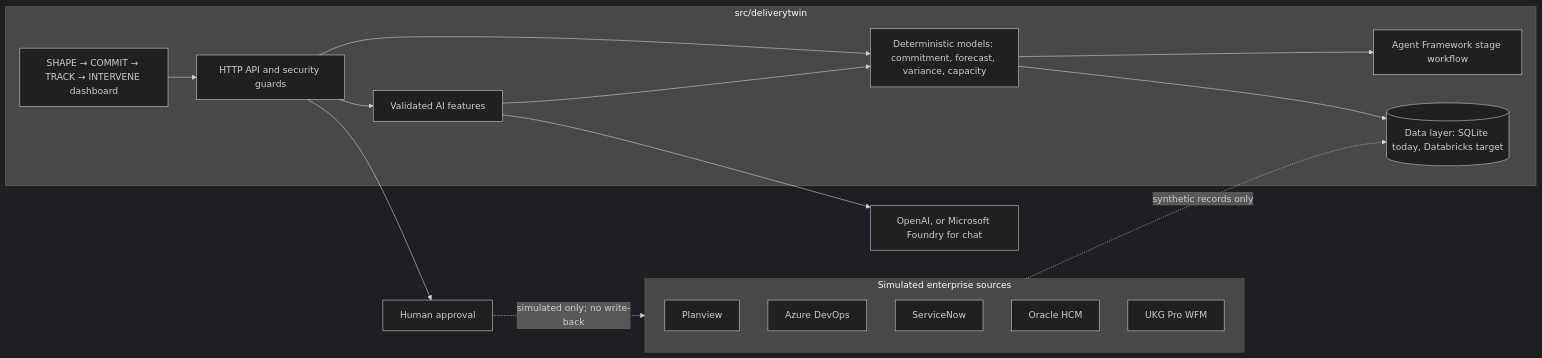
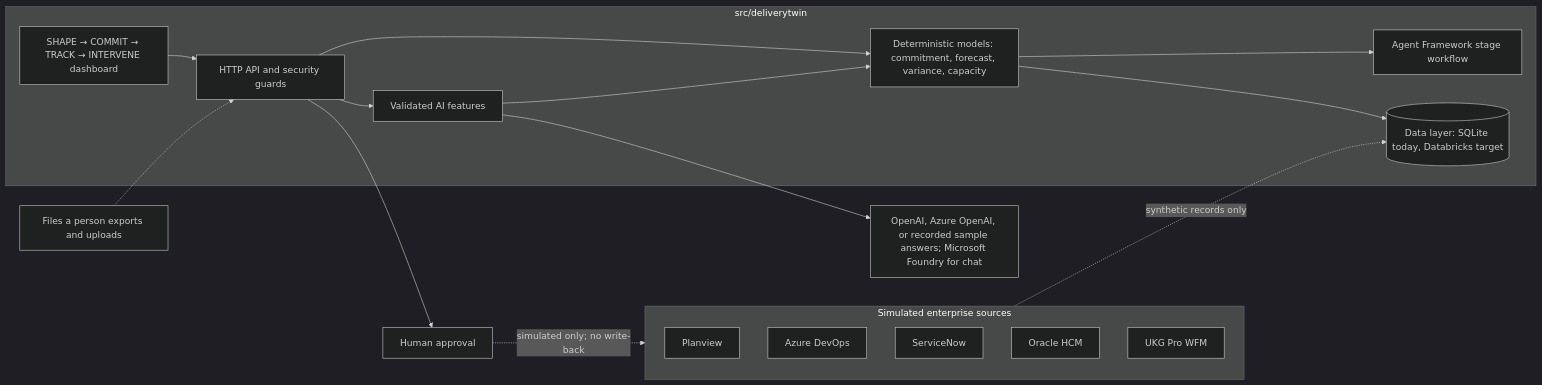
One commit to mskpairprogrammer/deliverytwin changed the first of 2 diagrams in README.md. Above: the diagram before and after it, drawn with Mermaid (dark theme). The commit also changed other lines of this file and 22 other files, not shown here.

Commit message:
Add simulation lab, file import, richer ADO backlog, decision pack, baseline history, recorded and Azure OpenAI modes, calibration

````diff
--- a/README.md
+++ b/README.md
@@ -143,27 +169,28 @@
 ```mermaid
 flowchart LR
     subgraph Sources["Simulated enterprise sources"]
         PV[Planview]
         ADO[Azure DevOps]
         SN[ServiceNow]
         HCM[Oracle HCM]
         UKG[UKG Pro WFM]
     end
     subgraph App["src/deliverytwin"]
         UI[SHAPE → COMMIT → TRACK → INTERVENE dashboard]
         API[HTTP API and security guards]
         RULES[Deterministic models: commitment, forecast, variance, capacity]
         AI[Validated AI features]
         WF[Agent Framework stage workflow]
         DATA[(Data layer: SQLite today, Databricks target)]
         UI --> API --> RULES
         API --> AI
         RULES --> WF
         RULES --> DATA
         AI --> RULES
     end
     Sources -. synthetic records only .-> DATA
-    AI --> MODEL[OpenAI, or Microsoft Foundry for chat]
+    AI --> MODEL[OpenAI, Azure OpenAI, or recorded sample answers; Microsoft Foundry for chat]
+    UPLOAD[Files a person exports and uploads] -.-> API
     API --> HUMAN[Human approval]
     HUMAN -. simulated only; no write-back .-> Sources
 ```
````
